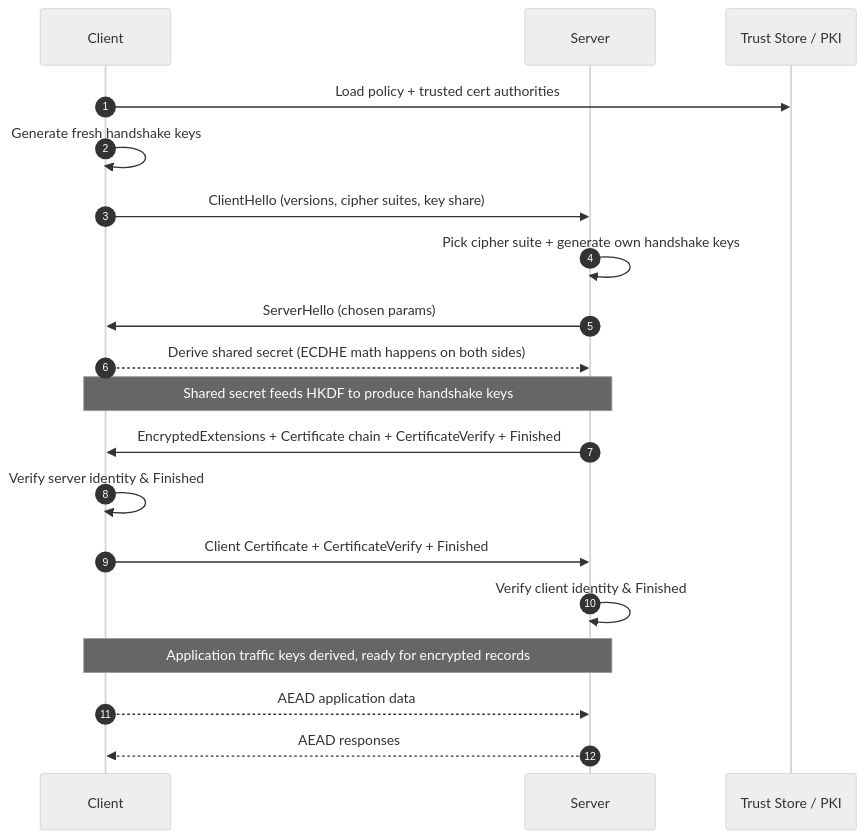
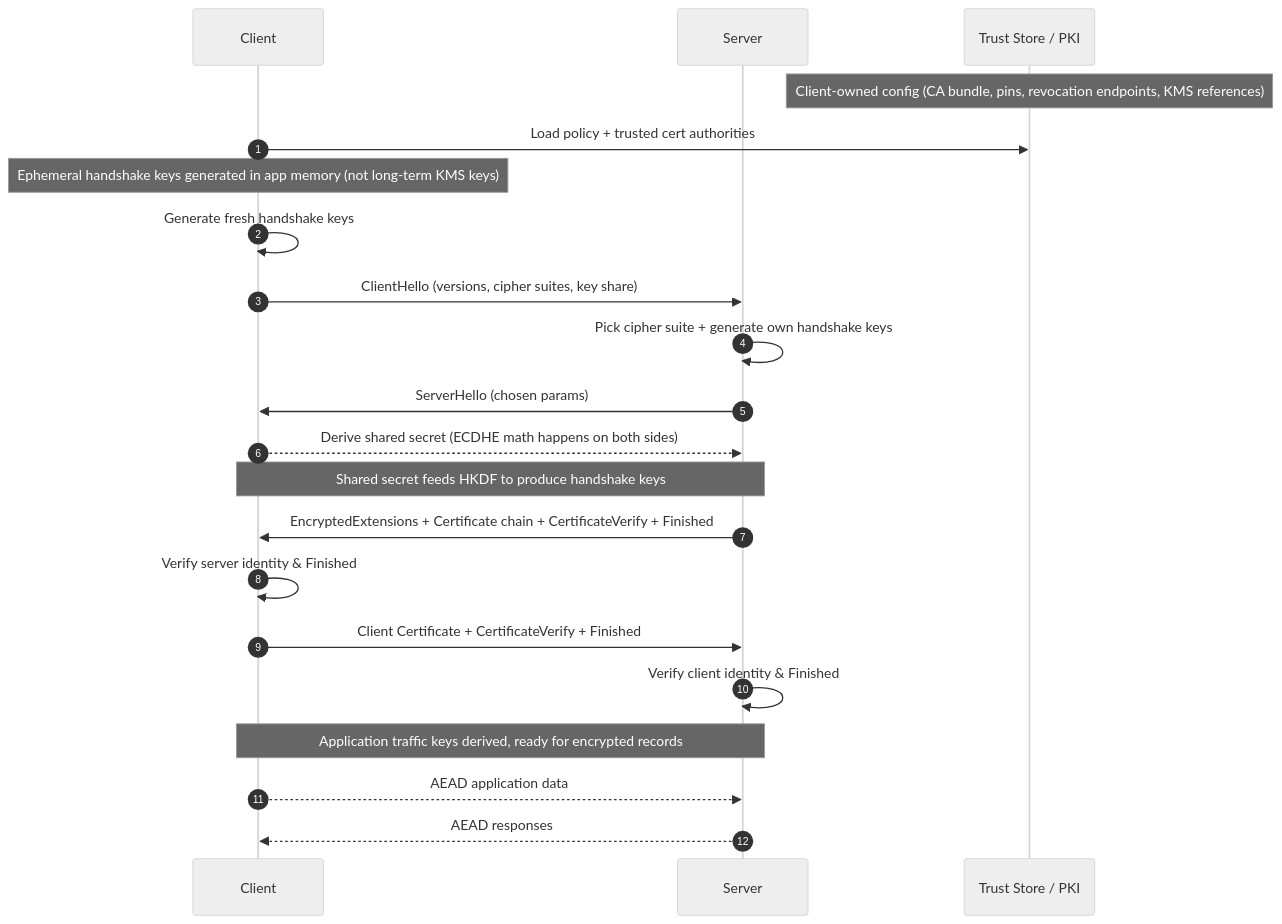
The diagram in diagrams/12-tls13-mutual-auth-highlevel.mmd (irahulsawhney/crypto-concepts), drawn with Mermaid (neutral theme) before and after one commit.

Commit message:
Clarify high-level trust store context

```diff
--- a/diagrams/12-tls13-mutual-auth-highlevel.mmd
+++ b/diagrams/12-tls13-mutual-auth-highlevel.mmd
@@ -1,26 +1,28 @@
 %% TLS 1.3 Mutual Auth - High-Level Flow
 sequenceDiagram
   autonumber
   participant Client
   participant Server
   participant Trust as Trust Store / PKI
 
+  Note over Trust: Client-owned config (CA bundle, pins, revocation endpoints, KMS references)
   Client->>Trust: Load policy + trusted cert authorities
+  Note over Client: Ephemeral handshake keys generated in app memory (not long-term KMS keys)
   Client->>Client: Generate fresh handshake keys
 
   Client->>Server: ClientHello (versions, cipher suites, key share)
   Server->>Server: Pick cipher suite + generate own handshake keys
   Server->>Client: ServerHello (chosen params)
 
   Client-->>Server: Derive shared secret (ECDHE math happens on both sides)
   Note over Client,Server: Shared secret feeds HKDF to produce handshake keys
 
   Server->>Client: EncryptedExtensions + Certificate chain + CertificateVerify + Finished
   Client->>Client: Verify server identity & Finished
 
   Client->>Server: Client Certificate + CertificateVerify + Finished
   Server->>Server: Verify client identity & Finished
 
   Note over Client,Server: Application traffic keys derived, ready for encrypted records
   Client-->>Server: AEAD application data
   Server-->>Client: AEAD responses
```
